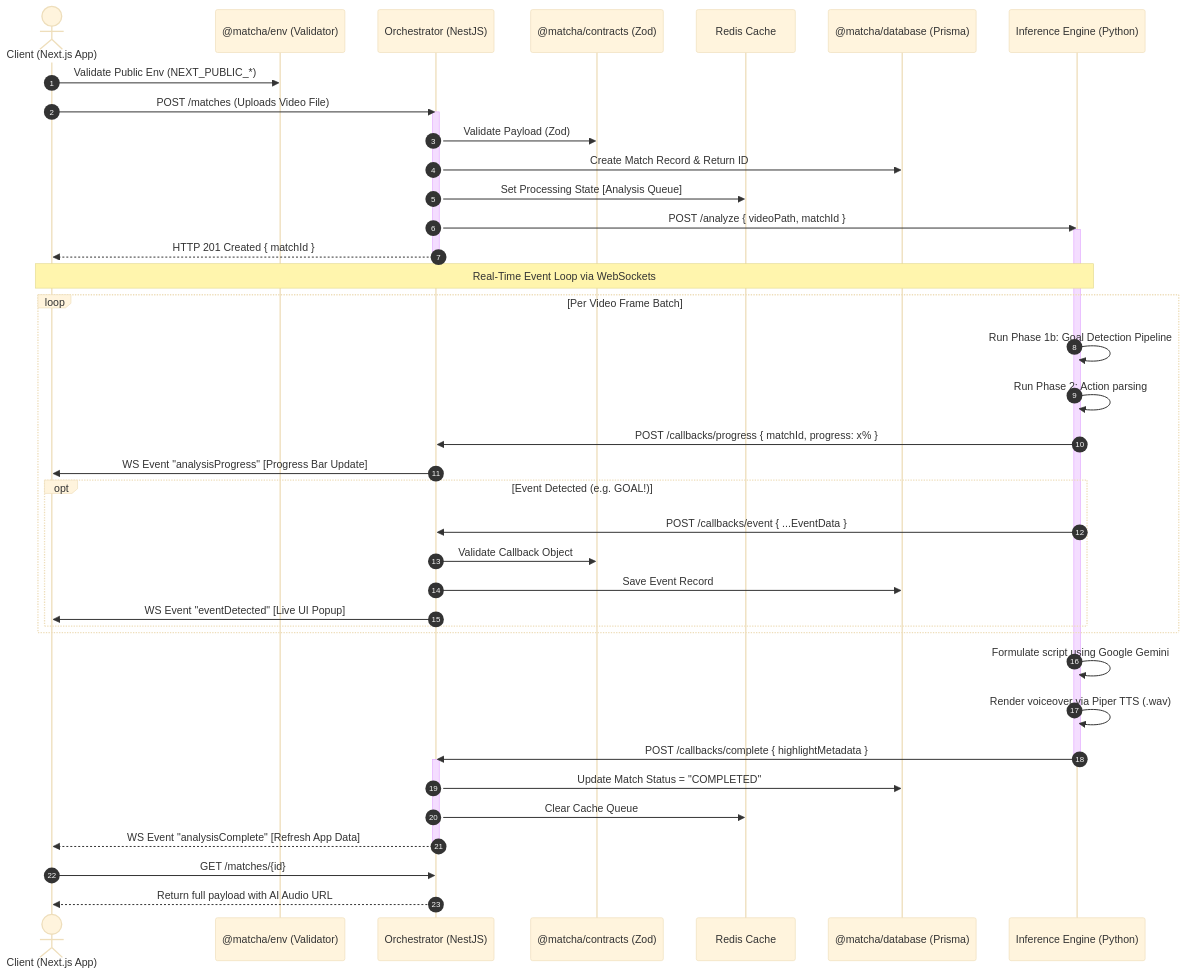
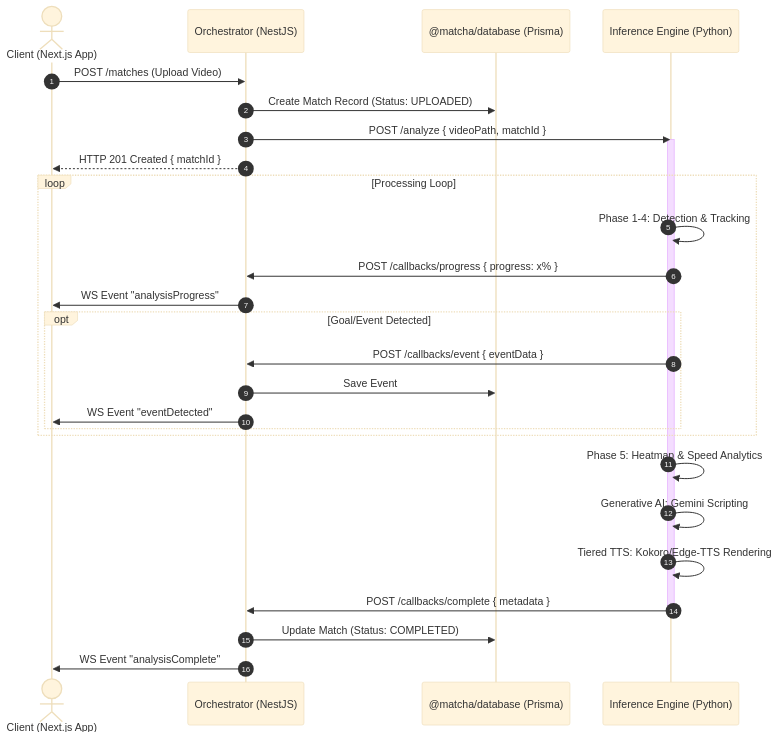
The first of 4 diagrams in docs/ARCHITECTURE.md (FTS18/Matcha-AI-DTU), drawn with Mermaid (base theme) before and after one commit. The commit also changed other lines of this file and 10 other files, not shown here.

````diff
--- a/docs/ARCHITECTURE.md
+++ b/docs/ARCHITECTURE.md
@@ -17,105 +17,35 @@
 ```mermaid
 sequenceDiagram
+    autonumber
+    actor User as Client (Next.js App)
+    participant Orch as Orchestrator (NestJS)
+    participant DB as @matcha/database (Prisma)
+    participant ML as Inference Engine (Python)
 
-autonumber
+    User->>Orch: POST /matches (Upload Video)
+    Orch->>DB: Create Match Record (Status: UPLOADED)
+    Orch->>ML: POST /analyze { videoPath, matchId }
+    activate ML
+    Orch-->>User: HTTP 201 Created { matchId }
 
-actor User as Client (Next.js App)
+    loop Processing Loop
+        ML->>ML: Phase 1-4: Detection & Tracking
+        ML->>Orch: POST /callbacks/progress { progress: x% }
+        Orch->>User: WS Event "analysisProgress"
+        
+        opt Goal/Event Detected
+            ML->>Orch: POST /callbacks/event { eventData }
+            Orch->>DB: Save Event
+            Orch->>User: WS Event "eventDetected"
+        end
+    end
 
-participant Env as @matcha/env (Validator)
-
-participant Orch as Orchestrator (NestJS)
-
-participant Cont as @matcha/contracts (Zod)
-
-participant Redis as Redis Cache
-
-participant DB as @matcha/database (Prisma)
-
-participant ML as Inference Engine (Python)
-
-%% -------------------------------------
-
-%% Stage 1: Upload & Registration Focus
-
-%% -------------------------------------
-
-User->>Env: Validate Public Env (NEXT_PUBLIC_*)
-
-User->>Orch: POST /matches (Uploads Video File)
-
-activate Orch
-
-Orch->>Cont: Validate Payload (Zod)
-
-Orch->>DB: Create Match Record & Return ID
-
-Orch->>Redis: Set Processing State [Analysis Queue]
-
-Orch->>ML: POST /analyze { videoPath, matchId }
-
-activate ML
-
-Orch-->>User: HTTP 201 Created { matchId }
-
-deactivate Orch
-
-%% -------------------------------------
-
-%% Stage 2: Processing & Live Updates
-
-%% -------------------------------------
-
-note over ML,User: Real-Time Event Loop via WebSockets
-
-loop Per Video Frame Batch
-
-ML->>ML: Run Phase 1b: Goal Detection Pipeline
-
-ML->>ML: Run Phase 2: Action parsing
-
-ML->>Orch: POST /callbacks/progress { matchId, progress: x% }
-
-Orch->>User: WS Event "analysisProgress" [Progress Bar Update]
-
-opt Event Detected (e.g. GOAL!)
-
-ML->>Orch: POST /callbacks/event { ...EventData }
-
-Orch->>Cont: Validate Callback Object
-
-Orch->>DB: Save Event Record
-
-Orch->>User: WS Event "eventDetected" [Live UI Popup]
-
-end
-
-end
-
-%% -------------------------------------
-
-%% Stage 3: Generative AI & Audio Render
-
-%% -------------------------------------
-
-ML->>ML: Formulate script using Google Gemini
-
-ML->>ML: Render voiceover via Piper TTS (.wav)
-
-ML->>Orch: POST /callbacks/complete { highlightMetadata }
-
-deactivate ML
-
-activate Orch
-
-Orch->>DB: Update Match Status = "COMPLETED"
-
-Orch->>Redis: Clear Cache Queue
-
-Orch-->>User: WS Event "analysisComplete" [Refresh App Data]
-
-deactivate Orch
-
-User->>Orch: GET /matches/{id}
-
-Orch-->>User: Return full payload with AI Audio URL
+    ML->>ML: Phase 5: Heatmap & Speed Analytics
+    ML->>ML: Generative AI: Gemini Scripting
+    ML->>ML: Tiered TTS: Kokoro/Edge-TTS Rendering
+    ML->>Orch: POST /callbacks/complete { metadata }
+    deactivate ML
+    
+    Orch->>DB: Update Match (Status: COMPLETED)
+    Orch->>User: WS Event "analysisComplete"
 ```
````
